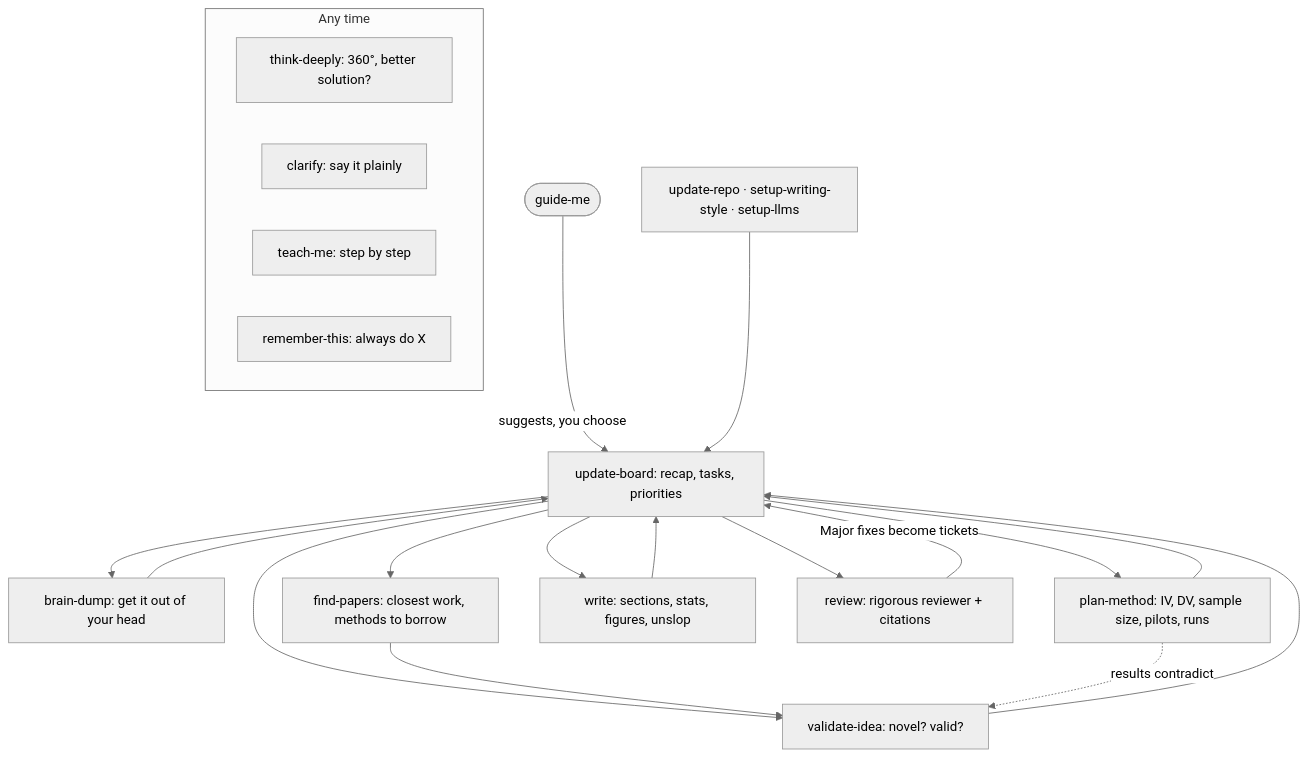
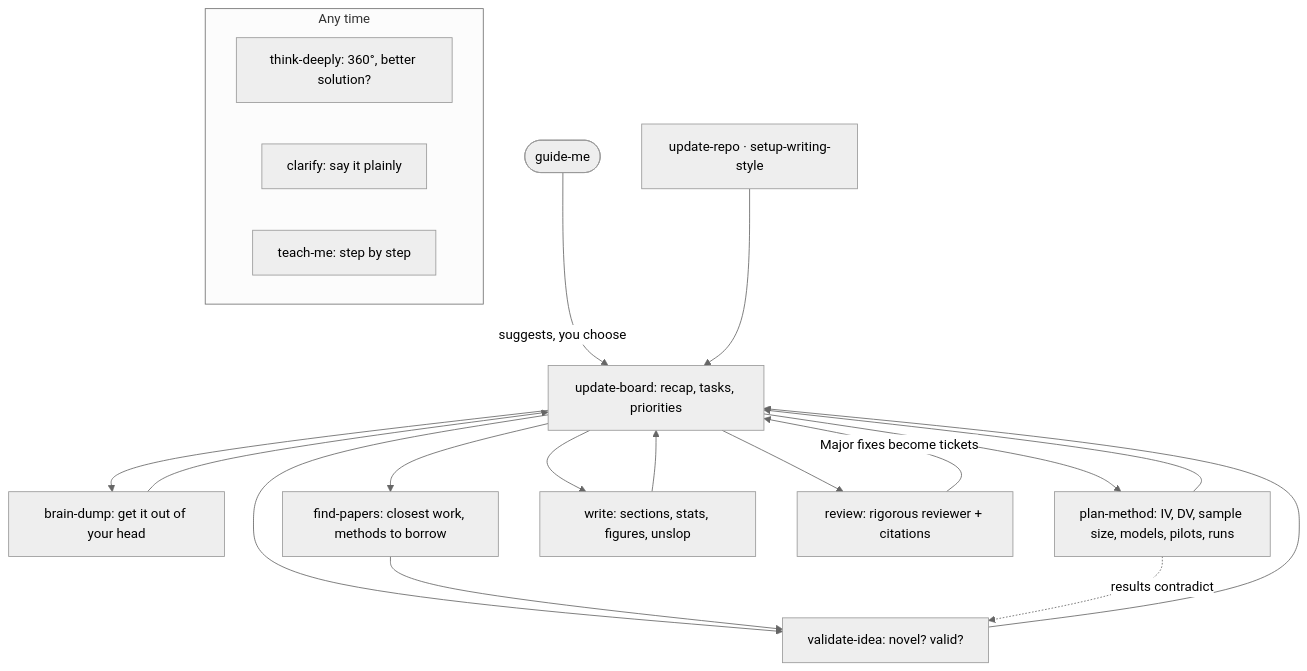
Before and after one commit to chaklam-silpasuwanchai/research_skill: the diagram in docs/how-it-works.md, drawn with Mermaid (neutral theme). The commit also changed 21 other files, not shown here.

First line of the commit message:
Remove setup-llms and remember-this (0.8.0)

````diff
--- a/docs/how-it-works.md
+++ b/docs/how-it-works.md
@@ -7,24 +7,23 @@
 ```mermaid
 flowchart TD
   G([guide-me]) -->|suggests, you choose| B[update-board: recap, tasks, priorities]
-  S[update-repo · setup-writing-style · setup-llms] --> B
+  S[update-repo · setup-writing-style] --> B
   B --> D[brain-dump: get it out of your head]
   B --> V[validate-idea: novel? valid?]
   B --> F[find-papers: closest work, methods to borrow]
-  B --> M[plan-method: IV, DV, sample size, pilots, runs]
+  B --> M[plan-method: IV, DV, sample size, models, pilots, runs]
   B --> W[write: sections, stats, figures, unslop]
   B --> R[review: rigorous reviewer + citations]
   D --> B
   V --> B
   F --> V
   M --> B
   W --> B
   R -->|Major fixes become tickets| B
   M -. results contradict .-> V
   subgraph anytime[Any time]
     T[think-deeply: 360°, better solution?]
     C[clarify: say it plainly]
     E[teach-me: step by step]
-    X[remember-this: always do X]
   end
 ```
````
